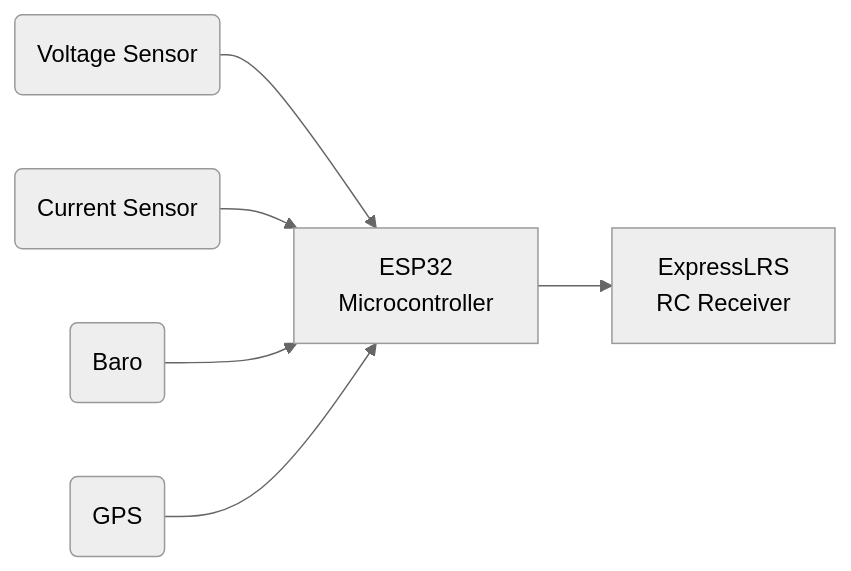
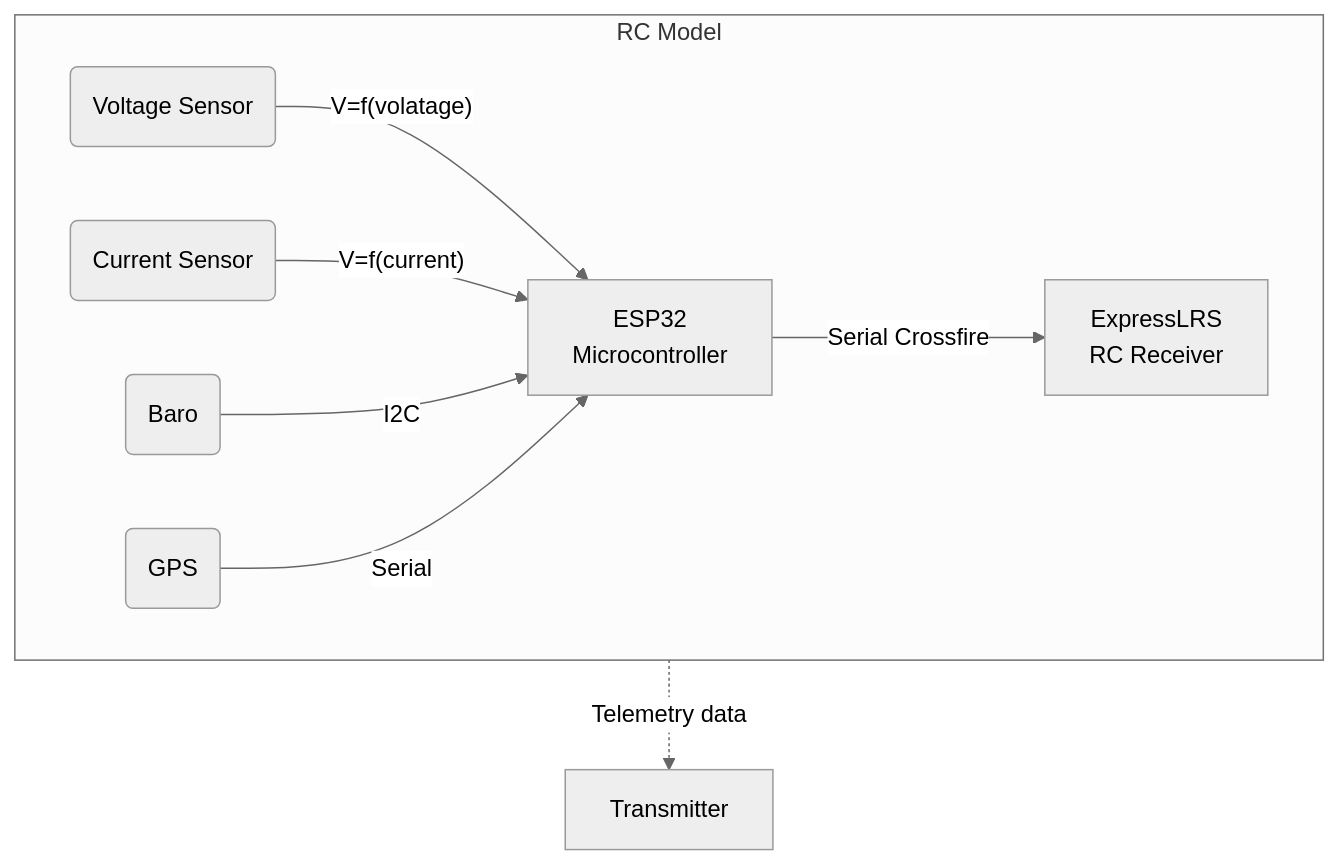
Before and after one commit to icebreaker-ch/OpenCRSFSensor: the diagram in README.md, drawn with Mermaid (neutral theme).

````diff
--- a/README.md
+++ b/README.md
@@ -14,10 +14,14 @@
 ```mermaid
-graph LR;
-    vs(Voltage Sensor)-->esp["ESP32
-                              Microcontroller"];
-    cs(Current Sensor)-->esp;
-    baro(Baro)-->esp
-    gps(GPS)-->esp
-    esp-->rc["ExpressLRS
-RC Receiver"]
-```
+graph TB;
+    subgraph RC Model
+        direction LR
+        vs(Voltage Sensor)--V=f(volatage)-->esp["ESP32
+                                          Microcontroller"];
+        cs(Current Sensor)--V=f(current)-->esp;
+        baro(Baro)--I2C-->esp
+        gps(GPS)--Serial-->esp
+        esp-- Serial Crossfire -->rx["ExpressLRS
+        RC Receiver"]
+    end
+    rx-. Telemetry data.->tx[Transmitter]
+   ```
````
